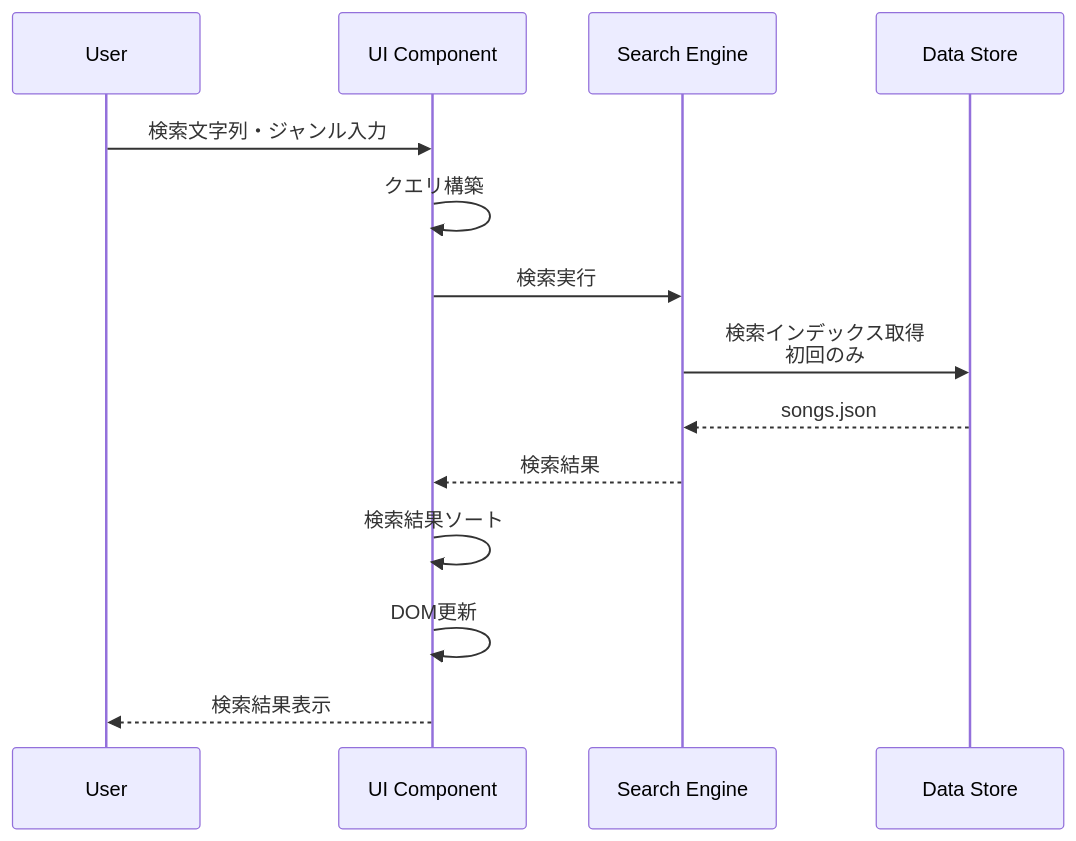
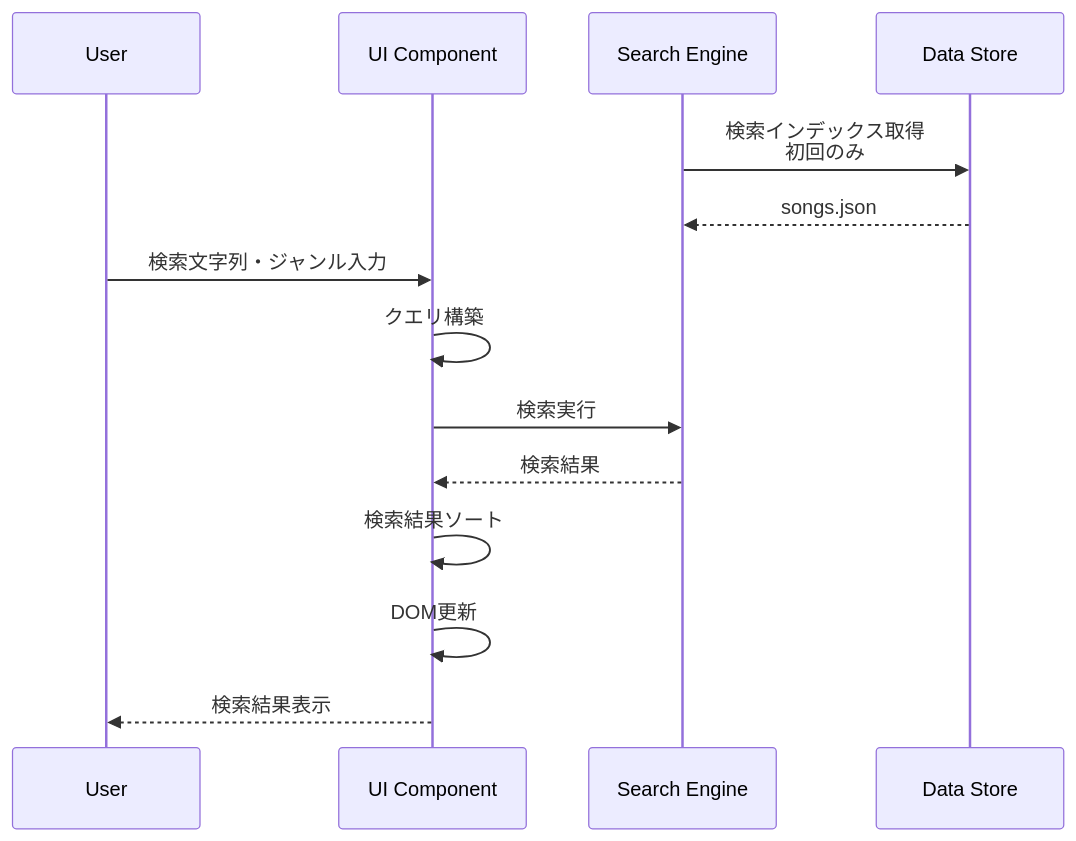
The fourth of 4 diagrams in doc/core/04_FUNCTIONAL_SPEC.md (osawa-naotaka/vtunelist), drawn with Mermaid before and after one commit. The commit also changed other lines of this file and 2 other files, not shown here.

````diff
--- a/doc/core/04_FUNCTIONAL_SPEC.md
+++ b/doc/core/04_FUNCTIONAL_SPEC.md
@@ -611,17 +610,17 @@
 ```mermaid
 sequenceDiagram
     participant U as User
     participant UI as UI Component
     participant S as Search Engine
     participant D as Data Store
 
+    S->>D: 検索インデックス取得<BR>初回のみ
+    D-->>S: songs.json
     U->>UI: 検索文字列・ジャンル入力
     UI->>UI: クエリ構築
     UI->>S: 検索実行
-    S->>D: 検索インデックス取得<BR>初回のみ
-    D-->>S: songs.json
     S-->>UI: 検索結果
     UI->>UI: 検索結果ソート
     UI->>UI: DOM更新
     UI-->>U: 検索結果表示
 ```
````
